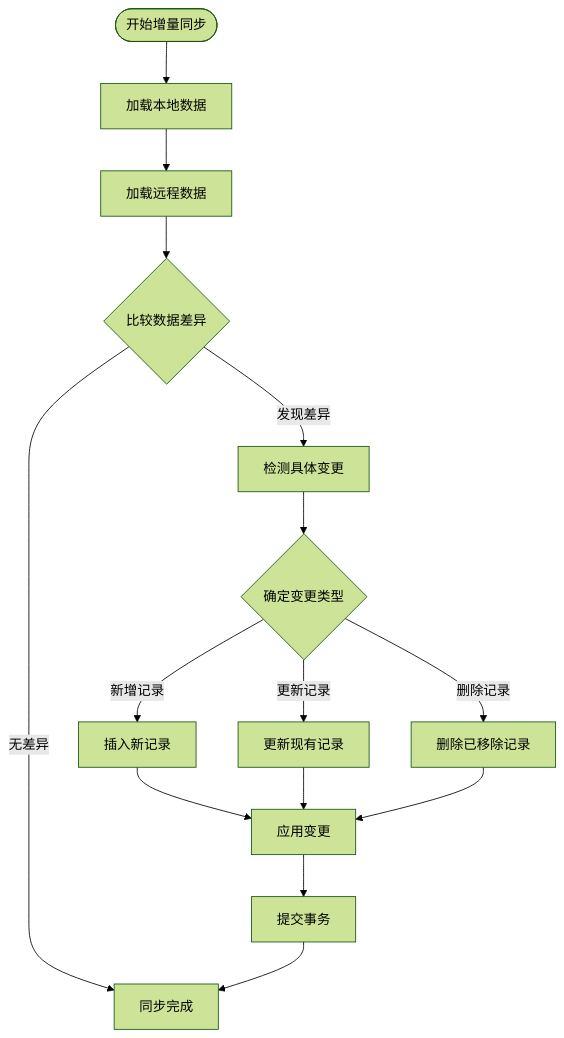
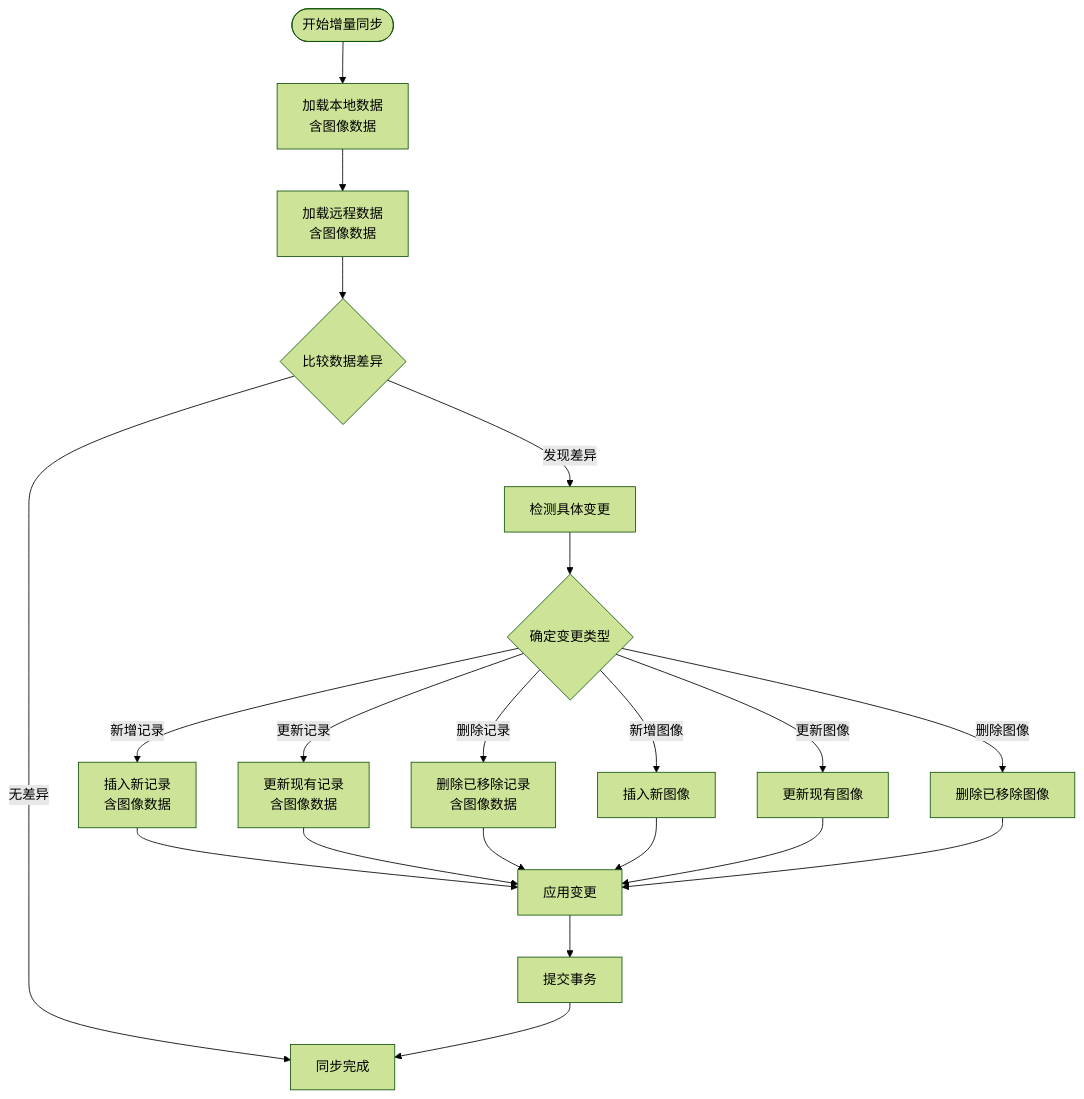
One commit to scgithub3220216/password-manager changed the sixth of 14 diagrams in .qoder/repowiki/zh/content/API参考手册/业务逻辑API/数据同步API.md. Above: the diagram before and after it, drawn with Mermaid (forest theme). The commit also changed other lines of this file and 15 other files, not shown here.

First line of the commit message:
feat(sync): 增强数据同步以支持图像数据管理

````diff
--- a/.qoder/repowiki/zh/content/API参考手册/业务逻辑API/数据同步API.md
+++ b/.qoder/repowiki/zh/content/API参考手册/业务逻辑API/数据同步API.md
@@ -245,17 +268,23 @@
 ```mermaid
 flowchart TD
-Start([开始增量同步]) --> LoadLocal[加载本地数据]
-LoadLocal --> LoadRemote[加载远程数据]
+Start([开始增量同步]) --> LoadLocal[加载本地数据<br/>含图像数据]
+LoadLocal --> LoadRemote[加载远程数据<br/>含图像数据]
 LoadRemote --> CompareData{比较数据差异}
 CompareData --> |发现差异| DetectChanges[检测具体变更]
 CompareData --> |无差异| Complete[同步完成]
 DetectChanges --> DetermineType{确定变更类型}
-DetermineType --> |新增记录| InsertNew[插入新记录]
-DetermineType --> |更新记录| UpdateExisting[更新现有记录]
-DetermineType --> |删除记录| DeleteRemoved[删除已移除记录]
+DetermineType --> |新增记录| InsertNew[插入新记录<br/>含图像数据]
+DetermineType --> |更新记录| UpdateExisting[更新现有记录<br/>含图像数据]
+DetermineType --> |删除记录| DeleteRemoved[删除已移除记录<br/>含图像数据]
+DetermineType --> |新增图像| InsertNewImage[插入新图像]
+DetermineType --> |更新图像| UpdateExistingImage[更新现有图像]
+DetermineType --> |删除图像| DeleteRemovedImage[删除已移除图像]
 InsertNew --> ApplyChanges[应用变更]
 UpdateExisting --> ApplyChanges
 DeleteRemoved --> ApplyChanges
+InsertNewImage --> ApplyChanges
+UpdateExistingImage --> ApplyChanges
+DeleteRemovedImage --> ApplyChanges
 ApplyChanges --> CommitTransaction[提交事务]
 CommitTransaction --> Complete
 ```
````
